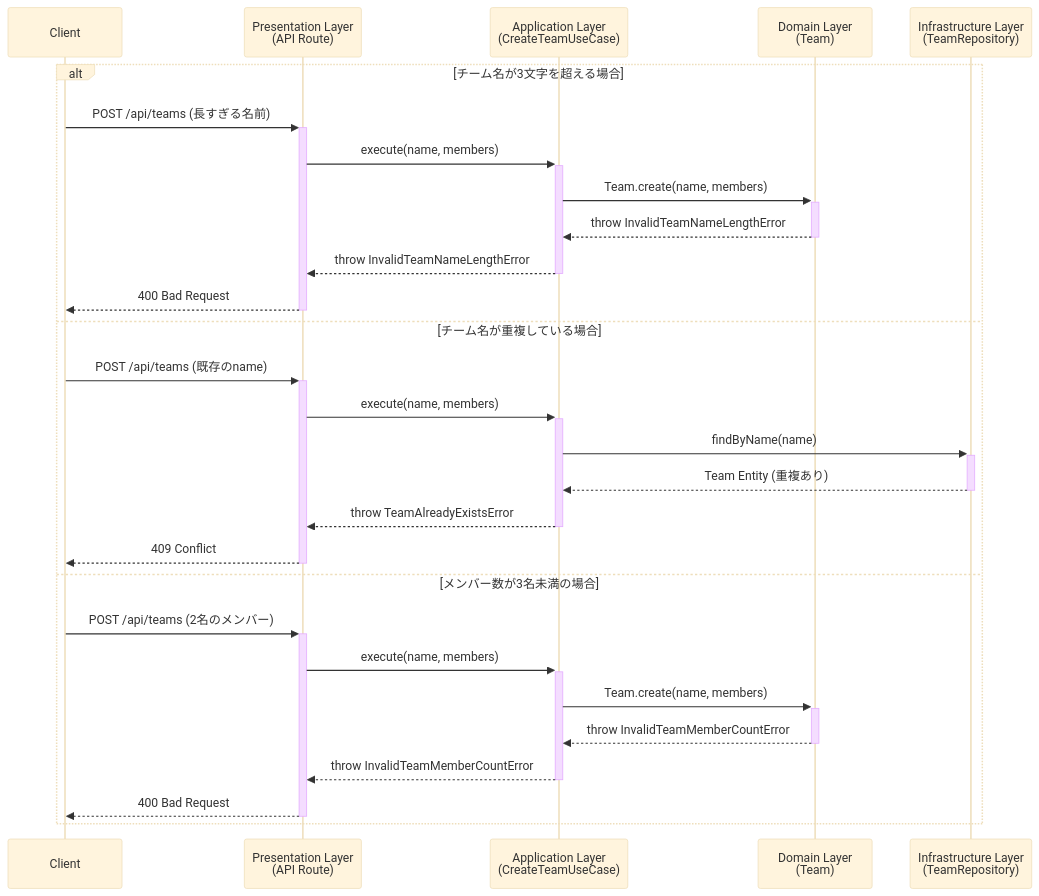
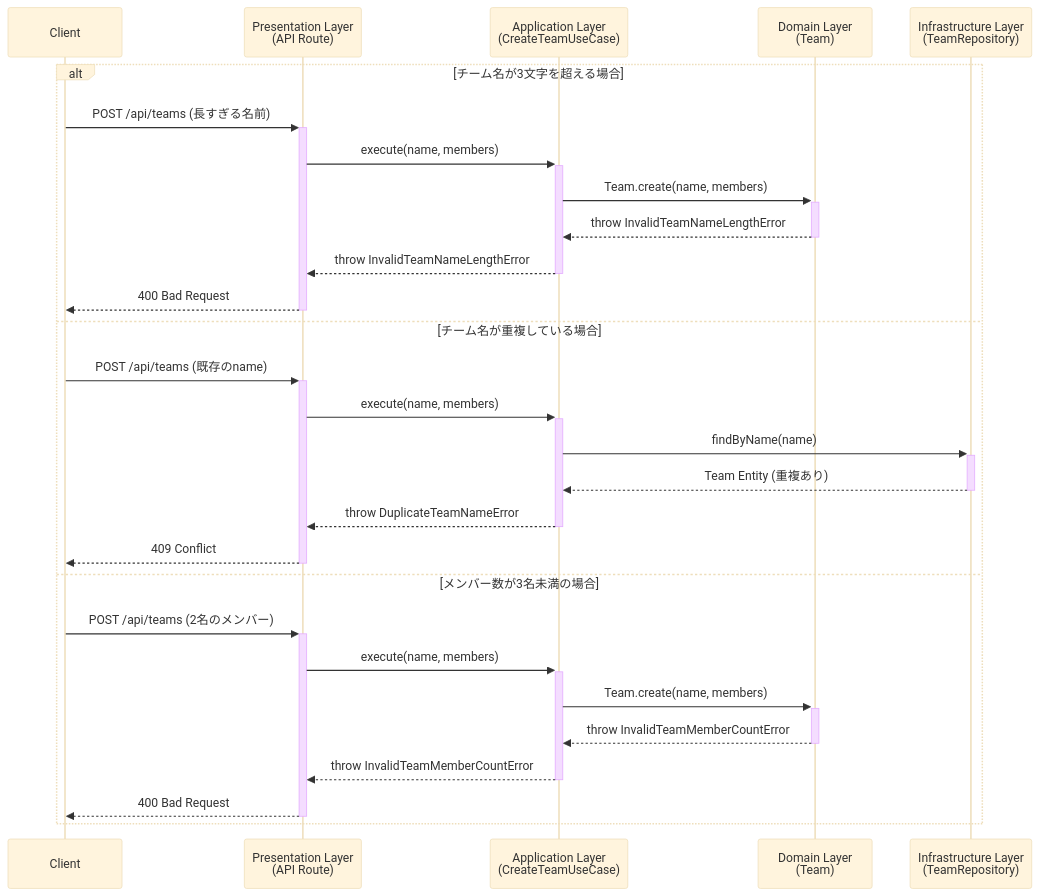
Before and after one commit to shouya31/pair-tracker: the second of 2 diagrams in memory-bank/story/TEAM_CREATION_STORY.md, drawn with Mermaid (base theme). The commit also changed other lines of this file, not shown here.

Commit message:
Update error name in sequence diagram

````diff
--- a/memory-bank/story/TEAM_CREATION_STORY.md
+++ b/memory-bank/story/TEAM_CREATION_STORY.md
@@ -110,33 +110,33 @@
 ```mermaid
 sequenceDiagram
     participant Client
     participant Presentation as Presentation Layer<br>(API Route)
     participant Application as Application Layer<br>(CreateTeamUseCase)
     participant Domain as Domain Layer<br>(Team)
     participant Infrastructure as Infrastructure Layer<br>(TeamRepository)
 
     alt チーム名が3文字を超える場合
         Client->>+Presentation: POST /api/teams (長すぎる名前)
         Presentation->>+Application: execute(name, members)
         Application->>+Domain: Team.create(name, members)
         Domain-->>-Application: throw InvalidTeamNameLengthError
         Application-->>-Presentation: throw InvalidTeamNameLengthError
         Presentation-->>-Client: 400 Bad Request
 
     else チーム名が重複している場合
         Client->>+Presentation: POST /api/teams (既存のname)
         Presentation->>+Application: execute(name, members)
         Application->>+Infrastructure: findByName(name)
         Infrastructure-->>-Application: Team Entity (重複あり)
-        Application-->>-Presentation: throw TeamAlreadyExistsError
+        Application-->>-Presentation: throw DuplicateTeamNameError
         Presentation-->>-Client: 409 Conflict
 
     else メンバー数が3名未満の場合
         Client->>+Presentation: POST /api/teams (2名のメンバー)
         Presentation->>+Application: execute(name, members)
         Application->>+Domain: Team.create(name, members)
         Domain-->>-Application: throw InvalidTeamMemberCountError
         Application-->>-Presentation: throw InvalidTeamMemberCountError
         Presentation-->>-Client: 400 Bad Request
     end
 ```
````
